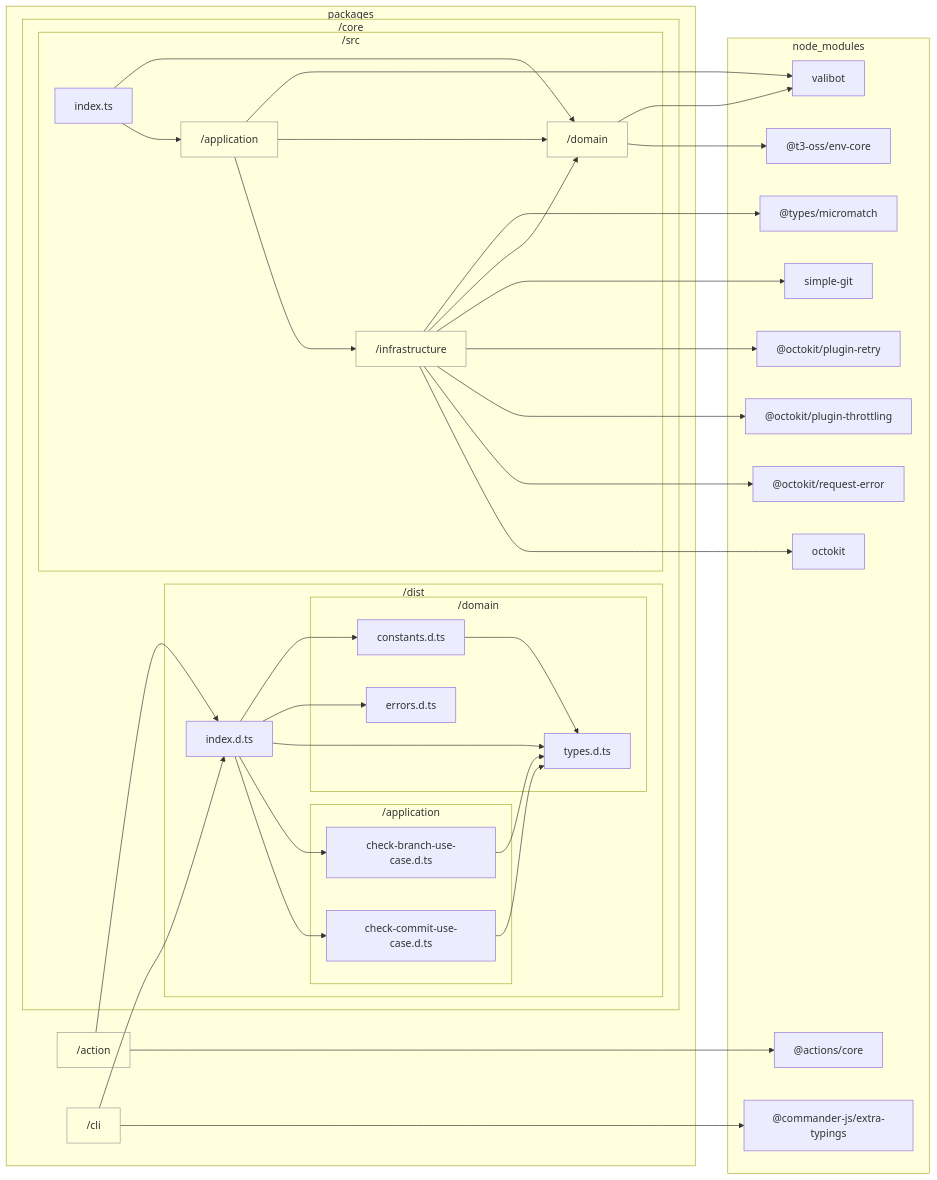
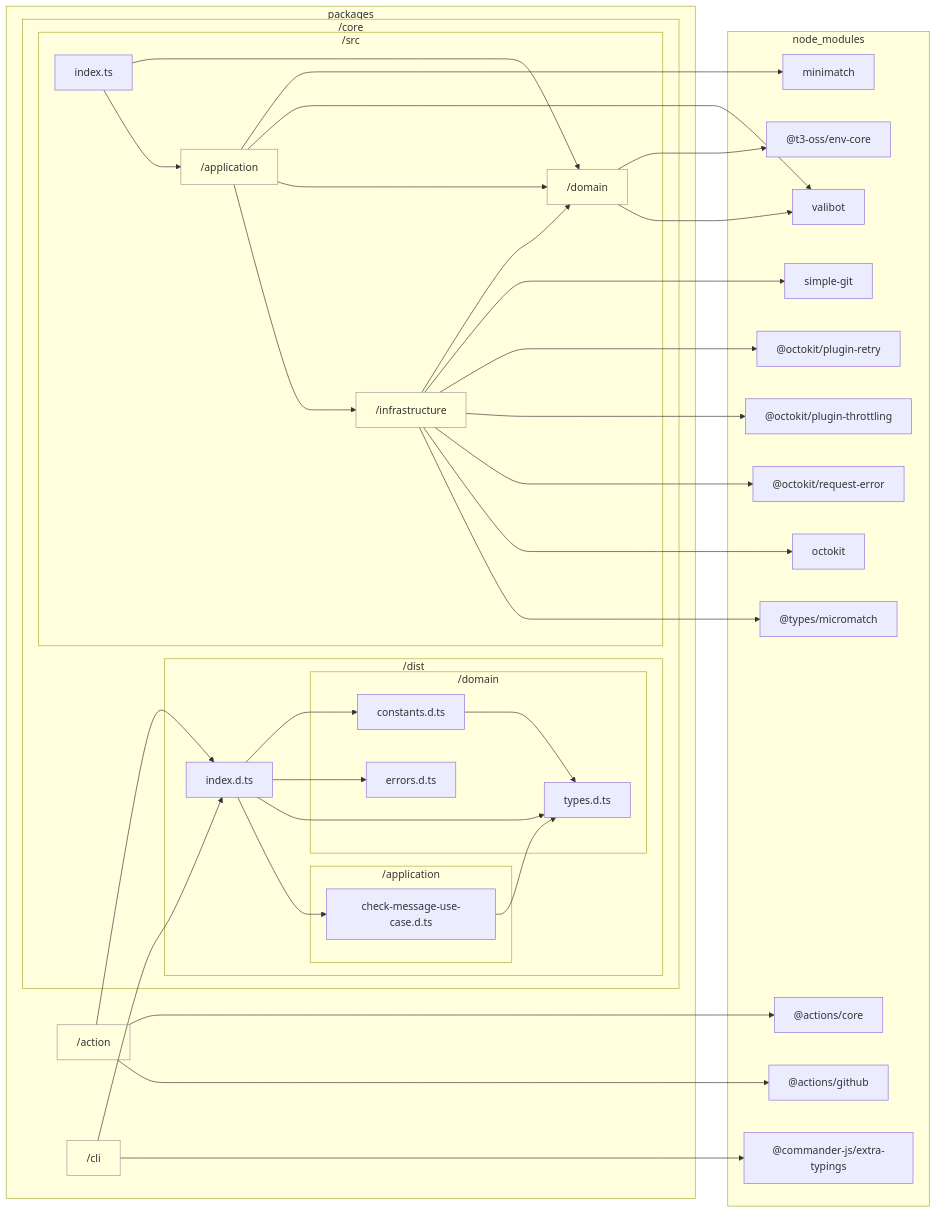
Before and after one commit to sugurutakahashi-1234/issue-linker: the diagram in docs/reports/dependencies/core-architecture.md, drawn with Mermaid. The commit also changed 27 other files, not shown here.

First line of the commit message:
refactor: remove commit and branch checking commands [deps-change]

````diff
--- a/docs/reports/dependencies/core-architecture.md
+++ b/docs/reports/dependencies/core-architecture.md
@@ -7,66 +7,67 @@
 ```mermaid
 flowchart LR
     classDef dir fill:#0000,stroke:#999
     subgraph packages["packages"]
         packages/action["/action"]:::dir
         packages/cli["/cli"]:::dir
         subgraph packages/core["/core"]
             subgraph packages/core/dist["/dist"]
                 packages/core/dist/index.d.ts["index.d.ts"]
                 subgraph packages/core/dist/domain["/domain"]
                     packages/core/dist/domain/types.d.ts["types.d.ts"]
                     packages/core/dist/domain/constants.d.ts["constants.d.ts"]
                     packages/core/dist/domain/errors.d.ts["errors.d.ts"]
                 end
                 subgraph packages/core/dist/application["/application"]
-                    packages/core/dist/application/check//branch//use//case.d.ts["check-branch-use-case.d.ts"]
-                    packages/core/dist/application/check//commit//use//case.d.ts["check-commit-use-case.d.ts"]
+                    packages/core/dist/application/check//message//use//case.d.ts["check-message-use-case.d.ts"]
                 end
             end
             subgraph packages/core/src["/src"]
                 packages/core/src/domain["/domain"]:::dir
                 packages/core/src/infrastructure["/infrastructure"]:::dir
                 packages/core/src/application["/application"]:::dir
                 packages/core/src/index.ts["index.ts"]
             end
         end
     end
     subgraph node//modules["node_modules"]
         node//modules///actions/core/lib/core.d.ts["@actions/core"]
+        node//modules///actions/github/lib/github.d.ts["@actions/github"]
         node//modules///commander//js/extra//typings/index.d.ts["@commander-js/extra-typings"]
+        node//modules///t3//oss/env//core/dist/index.d.ts["@t3-oss/env-core"]
         node//modules/valibot/dist/index.d.cts["valibot"]
-        node//modules///types/micromatch/index.d.ts["@types/micromatch"]
-        node//modules///t3//oss/env//core/dist/index.d.ts["@t3-oss/env-core"]
         node//modules/simple//git/dist/typings/index.d.ts["simple-git"]
         node//modules///octokit/plugin//retry/dist//types/index.d.ts["@octokit/plugin-retry"]
         node//modules///octokit/plugin//throttling/dist//types/index.d.ts["@octokit/plugin-throttling"]
         node//modules///octokit/request//error/dist//types/index.d.ts["@octokit/request-error"]
         node//modules/octokit/dist//types/index.d.ts["octokit"]
+        node//modules/minimatch/dist/commonjs/index.d.ts["minimatch"]
+        node//modules///types/micromatch/index.d.ts["@types/micromatch"]
     end
     packages/core/dist/domain/constants.d.ts-->packages/core/dist/domain/types.d.ts
-    packages/core/dist/application/check//branch//use//case.d.ts-->packages/core/dist/domain/types.d.ts
-    packages/core/dist/application/check//commit//use//case.d.ts-->packages/core/dist/domain/types.d.ts
+    packages/core/dist/application/check//message//use//case.d.ts-->packages/core/dist/domain/types.d.ts
     packages/core/dist/index.d.ts-->packages/core/dist/domain/constants.d.ts
     packages/core/dist/index.d.ts-->packages/core/dist/domain/errors.d.ts
     packages/core/dist/index.d.ts-->packages/core/dist/domain/types.d.ts
-    packages/core/dist/index.d.ts-->packages/core/dist/application/check//branch//use//case.d.ts
-    packages/core/dist/index.d.ts-->packages/core/dist/application/check//commit//use//case.d.ts
+    packages/core/dist/index.d.ts-->packages/core/dist/application/check//message//use//case.d.ts
     packages/action-->node//modules///actions/core/lib/core.d.ts
+    packages/action-->node//modules///actions/github/lib/github.d.ts
     packages/action-->packages/core/dist/index.d.ts
     packages/cli-->node//modules///commander//js/extra//typings/index.d.ts
     packages/cli-->packages/core/dist/index.d.ts
+    packages/core/src/domain-->node//modules///t3//oss/env//core/dist/index.d.ts
     packages/core/src/domain-->node//modules/valibot/dist/index.d.cts
-    packages/core/src/infrastructure-->node//modules///types/micromatch/index.d.ts
     packages/core/src/infrastructure-->packages/core/src/domain
-    packages/core/src/domain-->node//modules///t3//oss/env//core/dist/index.d.ts
     packages/core/src/infrastructure-->node//modules/simple//git/dist/typings/index.d.ts
     packages/core/src/infrastructure-->node//modules///octokit/plugin//retry/dist//types/index.d.ts
     packages/core/src/infrastructure-->node//modules///octokit/plugin//throttling/dist//types/index.d.ts
     packages/core/src/infrastructure-->node//modules///octokit/request//error/dist//types/index.d.ts
     packages/core/src/infrastructure-->node//modules/octokit/dist//types/index.d.ts
+    packages/core/src/application-->node//modules/minimatch/dist/commonjs/index.d.ts
     packages/core/src/application-->node//modules/valibot/dist/index.d.cts
     packages/core/src/application-->packages/core/src/domain
     packages/core/src/application-->packages/core/src/infrastructure
     packages/core/src/index.ts-->packages/core/src/domain
     packages/core/src/index.ts-->packages/core/src/application
+    packages/core/src/infrastructure-->node//modules///types/micromatch/index.d.ts
 ```
````
